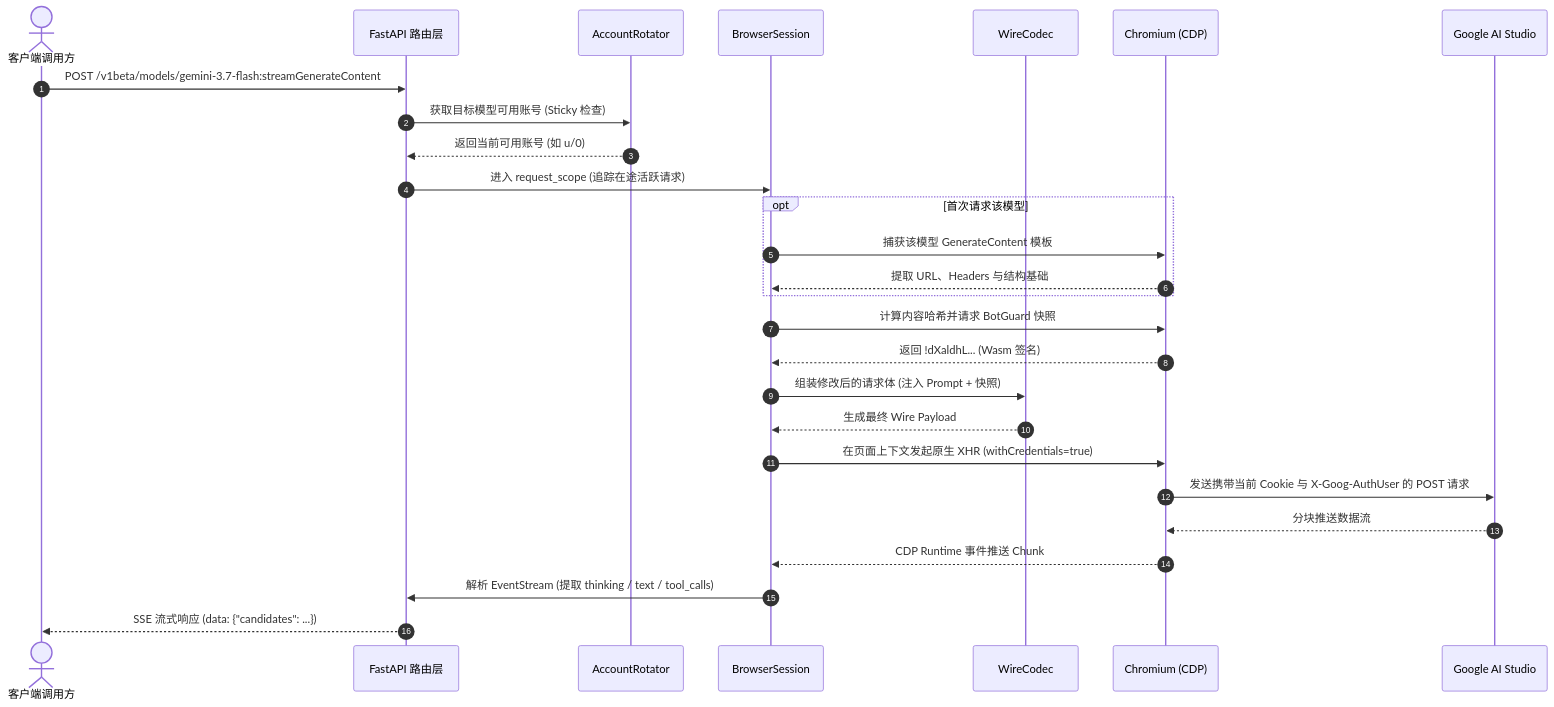
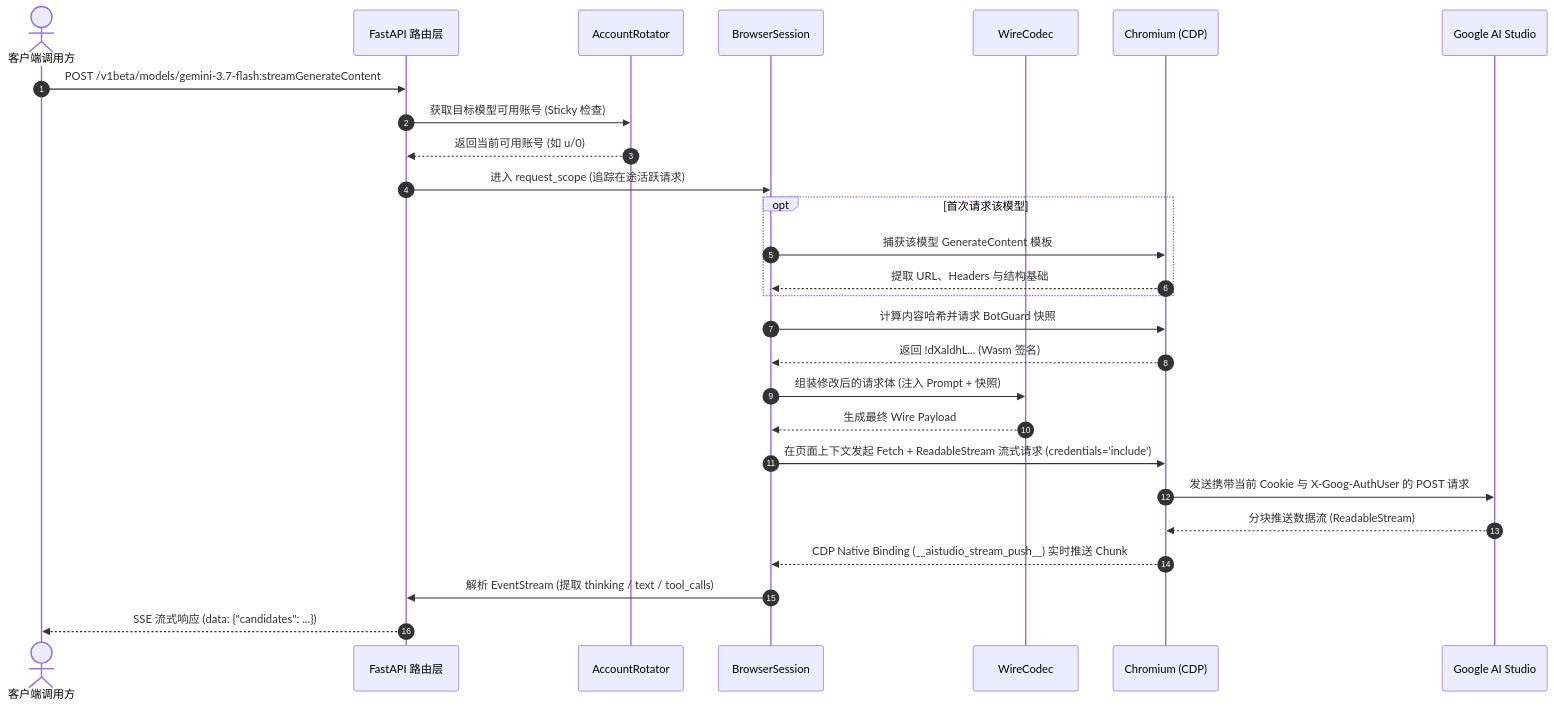
One commit to DeconstructedCube/aistudio-api changed the second of 2 diagrams in docs/ARCHITECTURE.md. Above: the diagram before and after it, drawn with Mermaid. The commit also changed other lines of this file and 3 other files, not shown here.

````diff
--- a/docs/ARCHITECTURE.md
+++ b/docs/ARCHITECTURE.md
@@ -115,33 +115,32 @@
 ```mermaid
 sequenceDiagram
     autonumber
     actor Client as 客户端调用方
     participant API as FastAPI 路由层
     participant Rotator as AccountRotator
     participant Session as BrowserSession
     participant Codec as WireCodec
     participant Page as Chromium (CDP)
     participant Google as Google AI Studio
 
     Client->>API: POST /v1beta/models/gemini-3.7-flash:streamGenerateContent
     API->>Rotator: 获取目标模型可用账号 (Sticky 检查)
     Rotator-->>API: 返回当前可用账号 (如 u/0)
     API->>Session: 进入 request_scope (追踪在途活跃请求)
 
     opt 首次请求该模型
         Session->>Page: 捕获该模型 GenerateContent 模板
         Page-->>Session: 提取 URL、Headers 与结构基础
     end
 
     Session->>Page: 计算内容哈希并请求 BotGuard 快照
     Page-->>Session: 返回 !dXaldhL... (Wasm 签名)
     Session->>Codec: 组装修改后的请求体 (注入 Prompt + 快照)
     Codec-->>Session: 生成最终 Wire Payload
-
-    Session->>Page: 在页面上下文发起原生 XHR (withCredentials=true)
+    Session->>Page: 在页面上下文发起 Fetch + ReadableStream 流式请求 (credentials='include')
     Page->>Google: 发送携带当前 Cookie 与 X-Goog-AuthUser 的 POST 请求
-    Google-->>Page: 分块推送数据流
-    Page-->>Session: CDP Runtime 事件推送 Chunk
+    Google-->>Page: 分块推送数据流 (ReadableStream)
+    Page-->>Session: CDP Native Binding (__aistudio_stream_push__) 实时推送 Chunk
     Session->>API: 解析 EventStream (提取 thinking / text / tool_calls)
     API-->>Client: SSE 流式响应 (data: {"candidates": ...})
 ```
````
